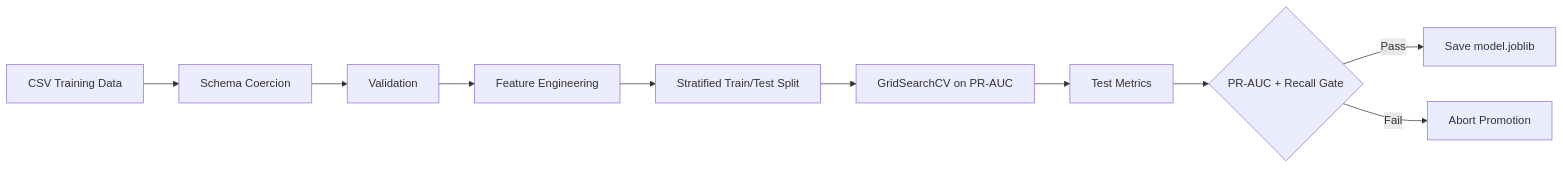
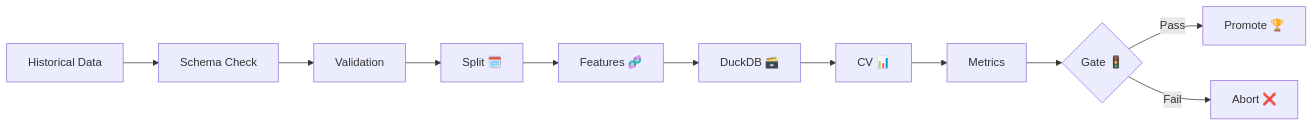
The second of 2 diagrams in docs/architecture.md (Prithwijit24/credit_card_fraud_detection), drawn with Mermaid before and after one commit. The commit also changed other lines of this file and 179 other files, not shown here.

````diff
--- a/docs/architecture.md
+++ b/docs/architecture.md
@@ -33,12 +37,13 @@
 ```mermaid
 flowchart LR
-    A[CSV Training Data] --> B[Schema Coercion]
+    A[Historical Data] --> B[Schema Check]
     B --> C[Validation]
-    C --> D[Feature Engineering]
-    D --> E[Stratified Train/Test Split]
-    E --> F[GridSearchCV on PR-AUC]
-    F --> G[Test Metrics]
-    G --> H{PR-AUC + Recall Gate}
-    H -->|Pass| I[Save model.joblib]
-    H -->|Fail| J[Abort Promotion]
+    C --> D[Split 🗓️]
+    D --> E[Features 🧬]
+    E --> F[DuckDB 🗃️]
+    F --> G[CV 📊]
+    G --> H[Metrics]
+    H --> I{Gate 🚦}
+    I -->|Pass| J[Promote 🏆]
+    I -->|Fail| K[Abort ❌]
 ```
````
